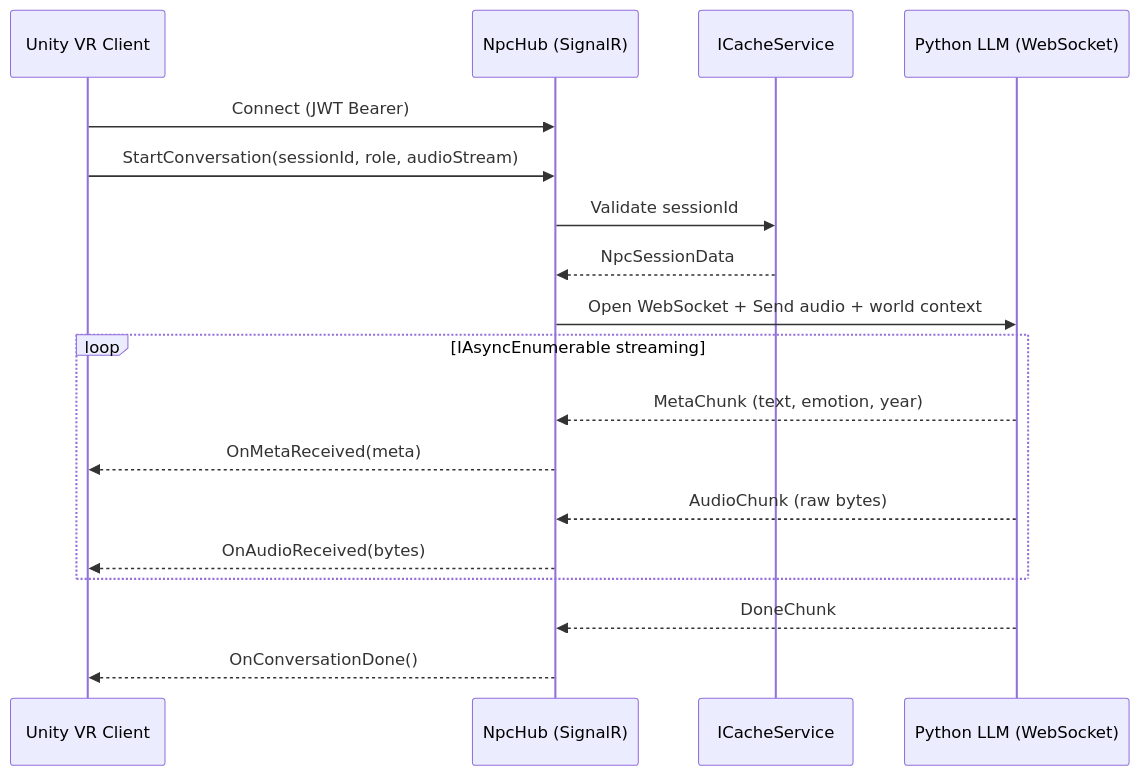
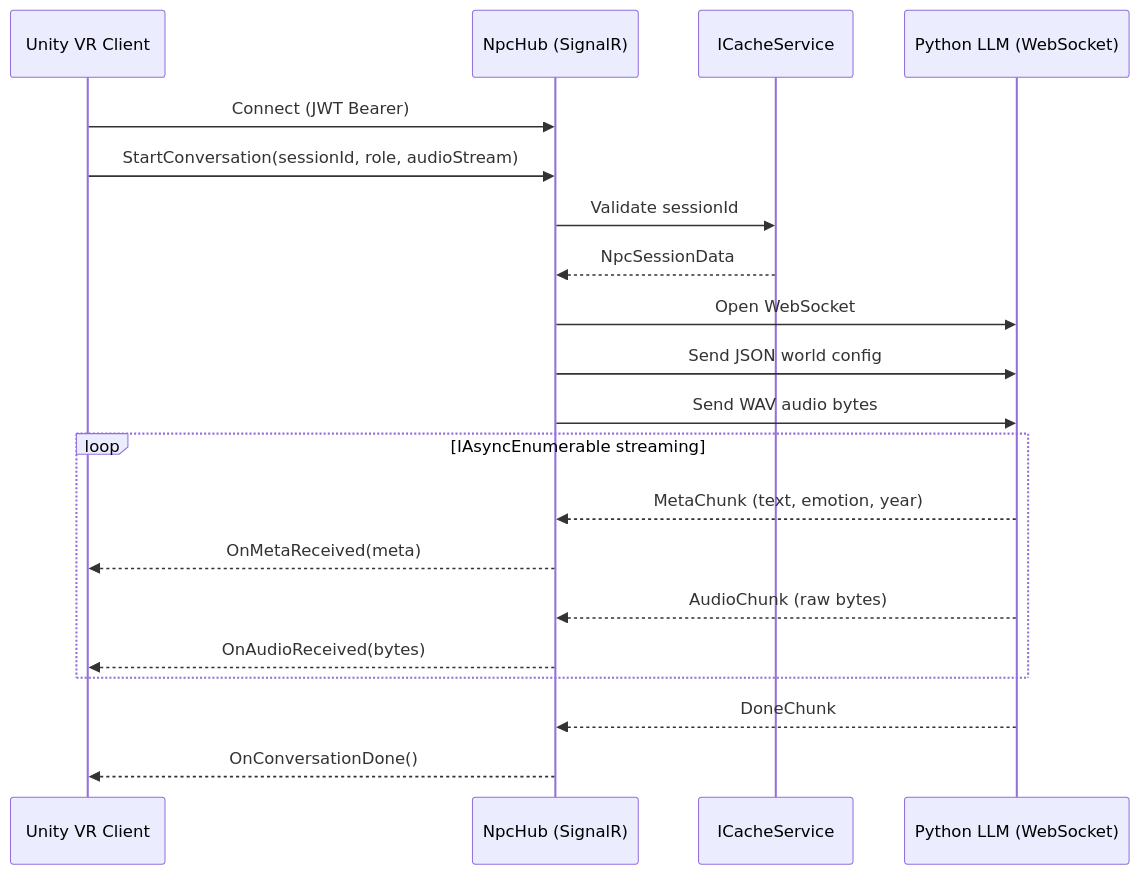
Before and after one commit to FaridaAlmekkawi/PastPort-Backend1: the second of 2 diagrams in README.md, drawn with Mermaid. The commit also changed other lines of this file and 3 other files, not shown here.

````diff
--- a/README.md
+++ b/README.md
@@ -461,21 +461,23 @@
 ```mermaid
 sequenceDiagram
     participant Unity as Unity VR Client
     participant Hub as NpcHub (SignalR)
     participant Cache as ICacheService
     participant AI as Python LLM (WebSocket)
 
     Unity->>Hub: Connect (JWT Bearer)
     Unity->>Hub: StartConversation(sessionId, role, audioStream)
     Hub->>Cache: Validate sessionId
     Cache-->>Hub: NpcSessionData
-    Hub->>AI: Open WebSocket + Send audio + world context
+    Hub->>AI: Open WebSocket
+    Hub->>AI: Send JSON world config
+    Hub->>AI: Send WAV audio bytes
     loop IAsyncEnumerable streaming
         AI-->>Hub: MetaChunk (text, emotion, year)
         Hub-->>Unity: OnMetaReceived(meta)
         AI-->>Hub: AudioChunk (raw bytes)
         Hub-->>Unity: OnAudioReceived(bytes)
     end
     AI-->>Hub: DoneChunk
     Hub-->>Unity: OnConversationDone()
 ```
````
